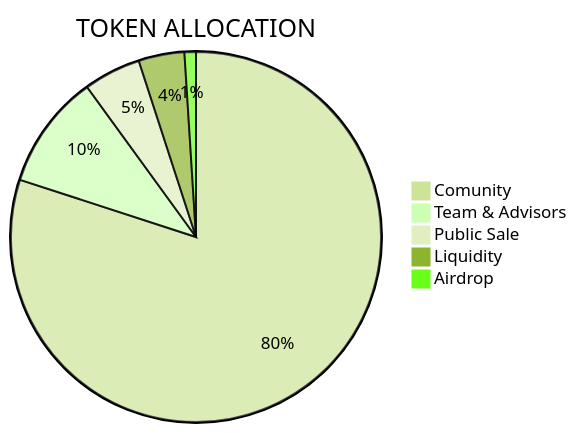
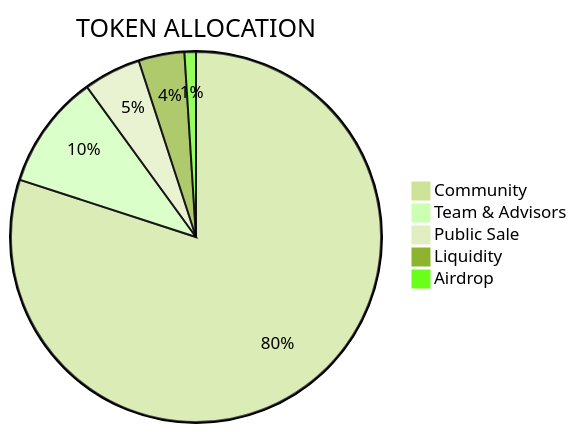
One commit to PositionExchangeHolder/position-exchange-data-visualization changed the diagram in README.md. Above: the diagram before and after it, drawn with Mermaid (forest theme). The commit also changed other lines of this file, not shown here.

````diff
--- a/README.md
+++ b/README.md
@@ -5,8 +12,8 @@
 ```mermaid
   pie title TOKEN ALLOCATION
-    "Comunity" : 80
+    "Community" : 80
     "Team & Advisors" : 10
     "Public Sale" : 5
     "Liquidity": 4
     "Airdrop": 1
 ```
````
